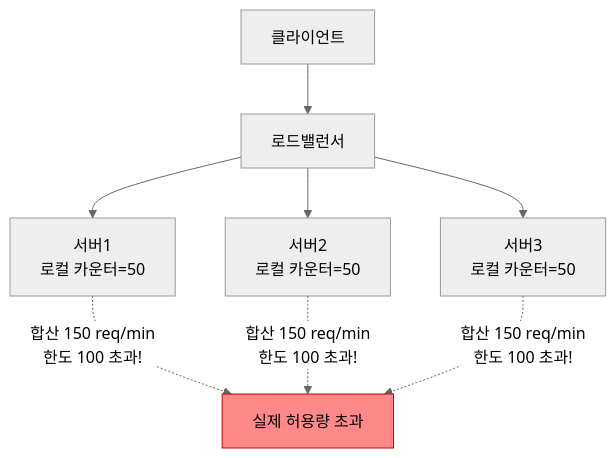
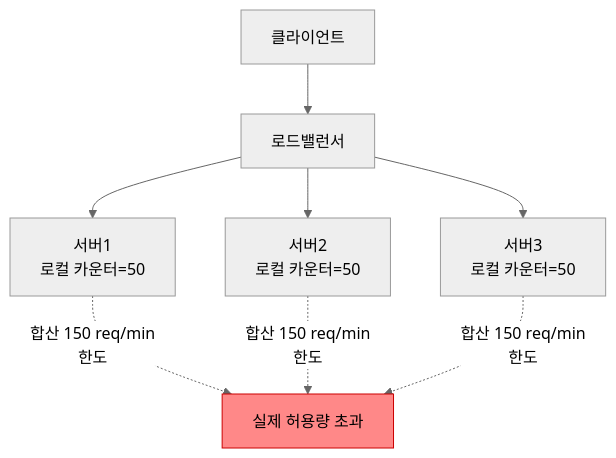
The ninth of 13 diagrams in _posts/spring/2026-05-01-rate-limiting.md (yjkim2015/yjkim2015.github.io), drawn with Mermaid (neutral theme) before and after one commit. The commit also changed other lines of this file and 271 other files, not shown here.

First line of the commit message:
Mermaid 라벨 축소: 긴 노드 텍스트 18자 이하로 트림 + \n 제거

````diff
--- a/_posts/spring/2026-05-01-rate-limiting.md
+++ b/_posts/spring/2026-05-01-rate-limiting.md
@@ -695,9 +695,9 @@
 ```mermaid
 graph TD
     C["클라이언트"] --> LB["로드밸런서"]
     LB --> S1["서버1\n로컬 카운터=50"]
     LB --> S2["서버2\n로컬 카운터=50"]
     LB --> S3["서버3\n로컬 카운터=50"]
-    S1 & S2 & S3 -.->|"합산 150 req/min\n한도 100 초과!"| WARN["실제 허용량 초과"]
+    S1 & S2 & S3 -.->|"합산 150 req/min\n한도"| WARN["실제 허용량 초과"]
     style WARN fill:#f88,stroke:#c00,color:#000
 ```
````
